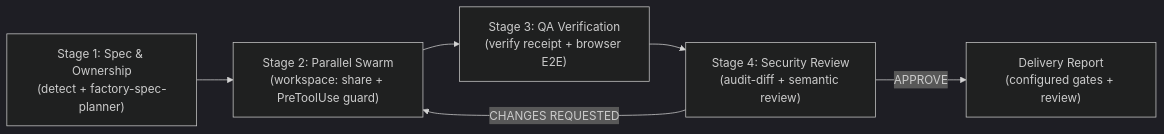
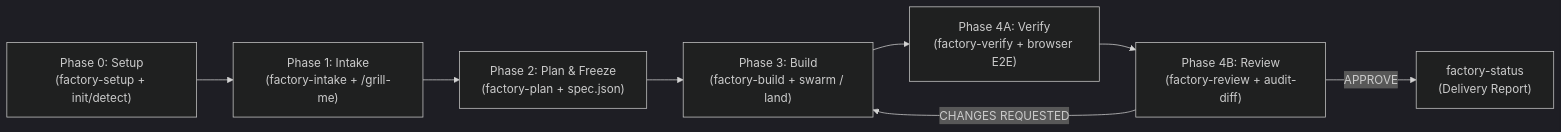
Before and after one commit to eidolonlabs-ai/antigravity-factory: the diagram in README.md, drawn with Mermaid (dark theme). The commit also changed other lines of this file and 45 other files, not shown here.

````diff
--- a/README.md
+++ b/README.md
@@ -29,8 +81,10 @@
 ```mermaid
 flowchart LR
-    P["Stage 1: Spec & Ownership<br/>(detect + factory-spec-planner)"] --> B["Stage 2: Parallel Swarm<br/>(workspace: share + PreToolUse guard)"]
-    B --> V["Stage 3: QA Verification<br/>(verify receipt + browser E2E)"]
-    V --> R["Stage 4: Security Review<br/>(audit-diff + semantic review)"]
+    S["Phase 0: Setup<br/>(factory-setup + init/detect)"] --> I["Phase 1: Intake<br/>(factory-intake + /grill-me)"]
+    I --> P["Phase 2: Plan & Freeze<br/>(factory-plan + spec.json)"]
+    P --> B["Phase 3: Build<br/>(factory-build + swarm / land)"]
+    B --> V["Phase 4A: Verify<br/>(factory-verify + browser E2E)"]
+    V --> R["Phase 4B: Review<br/>(factory-review + audit-diff)"]
     R -- "CHANGES REQUESTED" --> B
-    R -- "APPROVE" --> D["Delivery Report<br/>(configured gates + review)"]
+    R -- "APPROVE" --> D["factory-status<br/>(Delivery Report)"]
 ```
````
